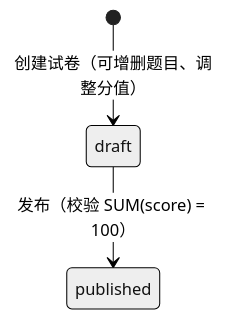
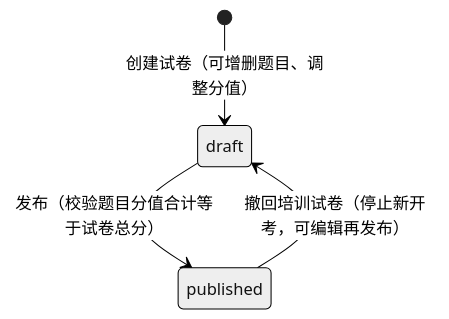
The ninth of 14 diagrams in docs/design/05-模块设计.md (caoguanjie/emodor-exam), drawn with Mermaid (neutral theme) before and after one commit. The commit also changed other lines of this file and 15 other files, not shown here.

````diff
--- a/docs/design/05-模块设计.md
+++ b/docs/design/05-模块设计.md
@@ -612,5 +612,6 @@
 ```mermaid
 stateDiagram-v2
     [*] --> draft : 创建试卷（可增删题目、调整分值）
-    draft --> published : 发布（校验 SUM(score) = 100）
+    draft --> published : 发布（校验题目分值合计等于试卷总分）
+    published --> draft : 撤回培训试卷（停止新开考，可编辑再发布）
 ```
````
